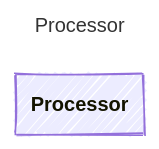
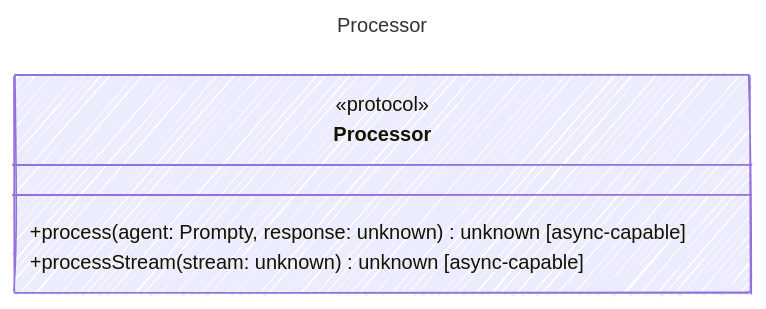
One commit to microsoft/prompty changed the diagram in web/src/content/docs/reference/Processor.md. Above: the diagram before and after it, drawn with Mermaid. The commit also changed other lines of this file and 524 other files, not shown here.

````diff
--- a/web/src/content/docs/reference/Processor.md
+++ b/web/src/content/docs/reference/Processor.md
@@ -11,13 +11,16 @@
 ```mermaid
 ---
 title: Processor
 config:
   look: handDrawn
   theme: colorful
   class:
     hideEmptyMembersBox: true
 ---
 classDiagram
     class Processor {
+      <<protocol>>
+        +process(agent: Prompty, response: unknown) unknown [async-capable]
+        +processStream(stream: unknown) unknown [async-capable]
     }
 ```
````
